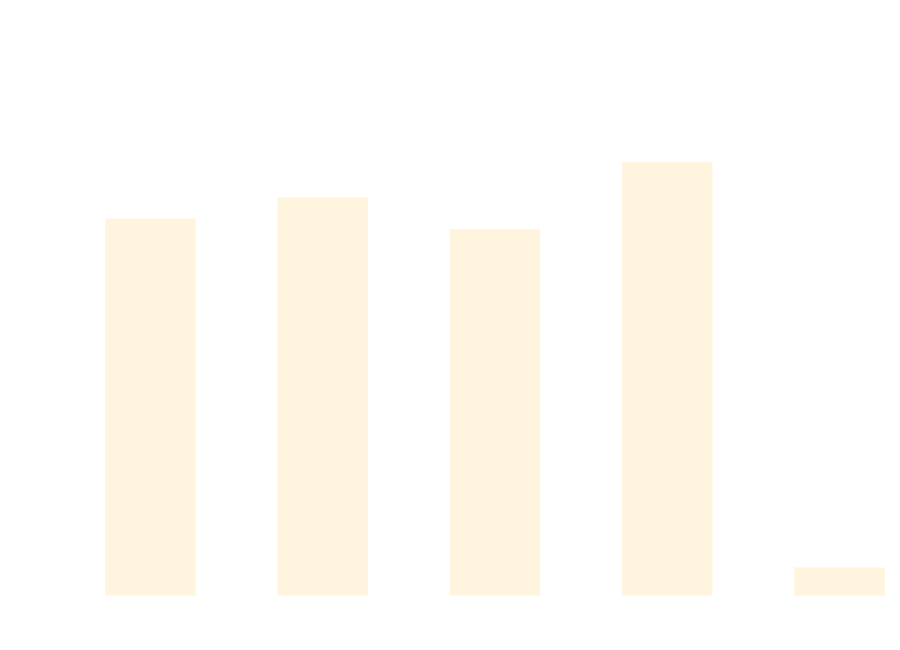
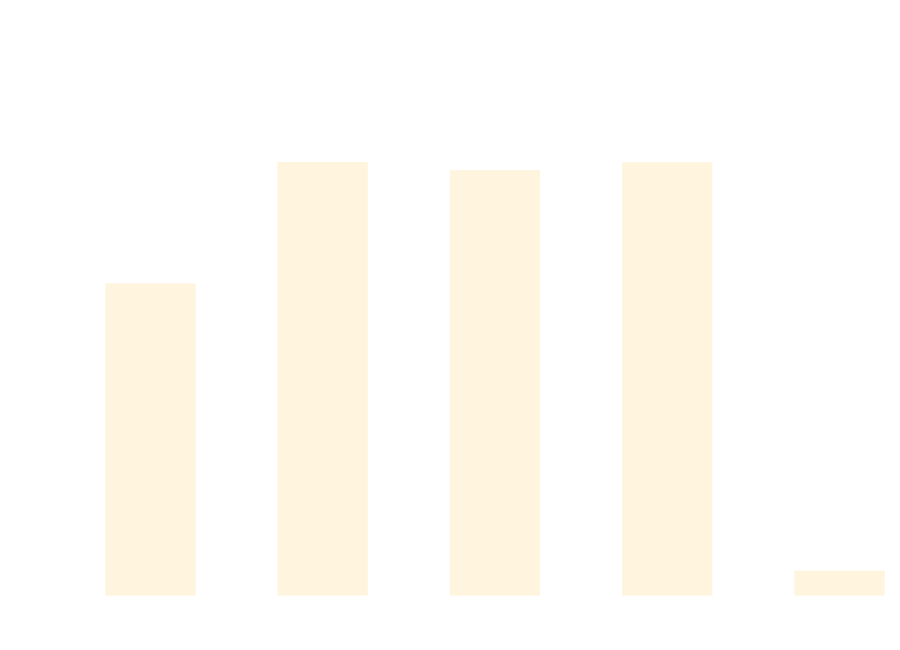
The diagram in docs/docs/benchmarks/DataDrivenTests.md (thomhurst/TUnit), drawn with Mermaid before and after one commit. The commit also changed other lines of this file and 17 other files, not shown here.

````diff
--- a/docs/docs/benchmarks/DataDrivenTests.md
+++ b/docs/docs/benchmarks/DataDrivenTests.md
@@ -27,37 +27,37 @@
 ```mermaid
 %%{init: {
   'theme':'base',
   'themeVariables': {
     'primaryColor': '#2563eb',
     'primaryTextColor': '#ffffff',
     'primaryBorderColor': '#1e40af',
     'lineColor': '#6b7280',
     'secondaryColor': '#7c3aed',
     'tertiaryColor': '#dc2626',
     'background': '#ffffff',
     'mainBkg': '#2563eb',
     'secondBkg': '#7c3aed',
     'tertiaryBkg': '#dc2626',
     'clusterBkg': '#f3f4f6',
     'edgeLabelBackground': '#ffffff',
     'tertiaryTextColor': '#1f2937',
     'pie1': '#2563eb',
     'pie2': '#7c3aed',
     'pie3': '#dc2626',
     'pie4': '#f59e0b',
     'pie5': '#10b981',
     'pie6': '#06b6d4',
     'pie7': '#ec4899',
     'pie8': '#6366f1',
     'pie9': '#84cc16',
     'pie10': '#f97316',
     'pie11': '#14b8a6',
     'pie12': '#a855f7'
   }
 }}%%
 xychart-beta
   title "DataDrivenTests Performance Comparison"
   x-axis ["TUnit", "NUnit", "MSTest", "xUnit3", "TUnit_AOT"]
-  y-axis "Time (ms)" 0 --> 689
-  bar [497.25, 526.05, 482.94, 573.56, 24.7]
+  y-axis "Time (ms)" 0 --> 811
+  bar [482.09, 675.54, 662.49, 675.22, 24.02]
 ```
````
